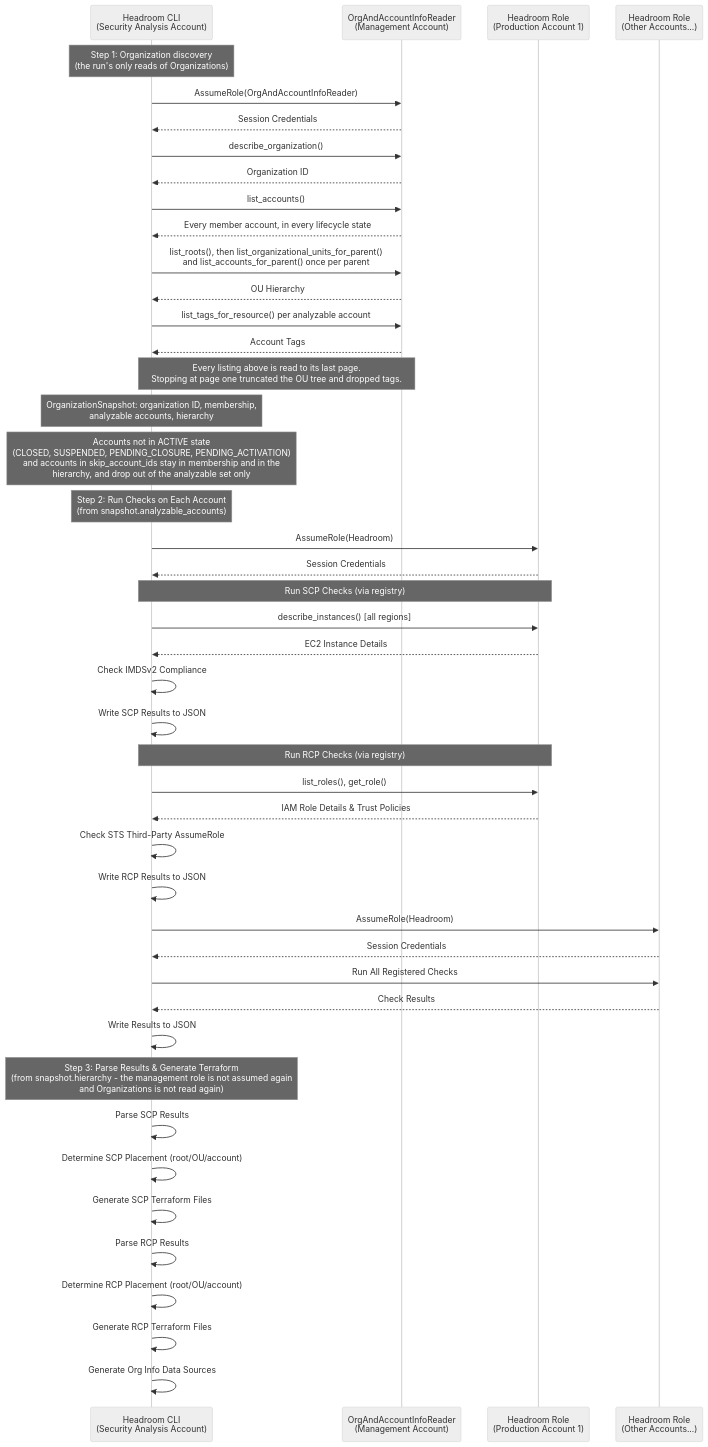
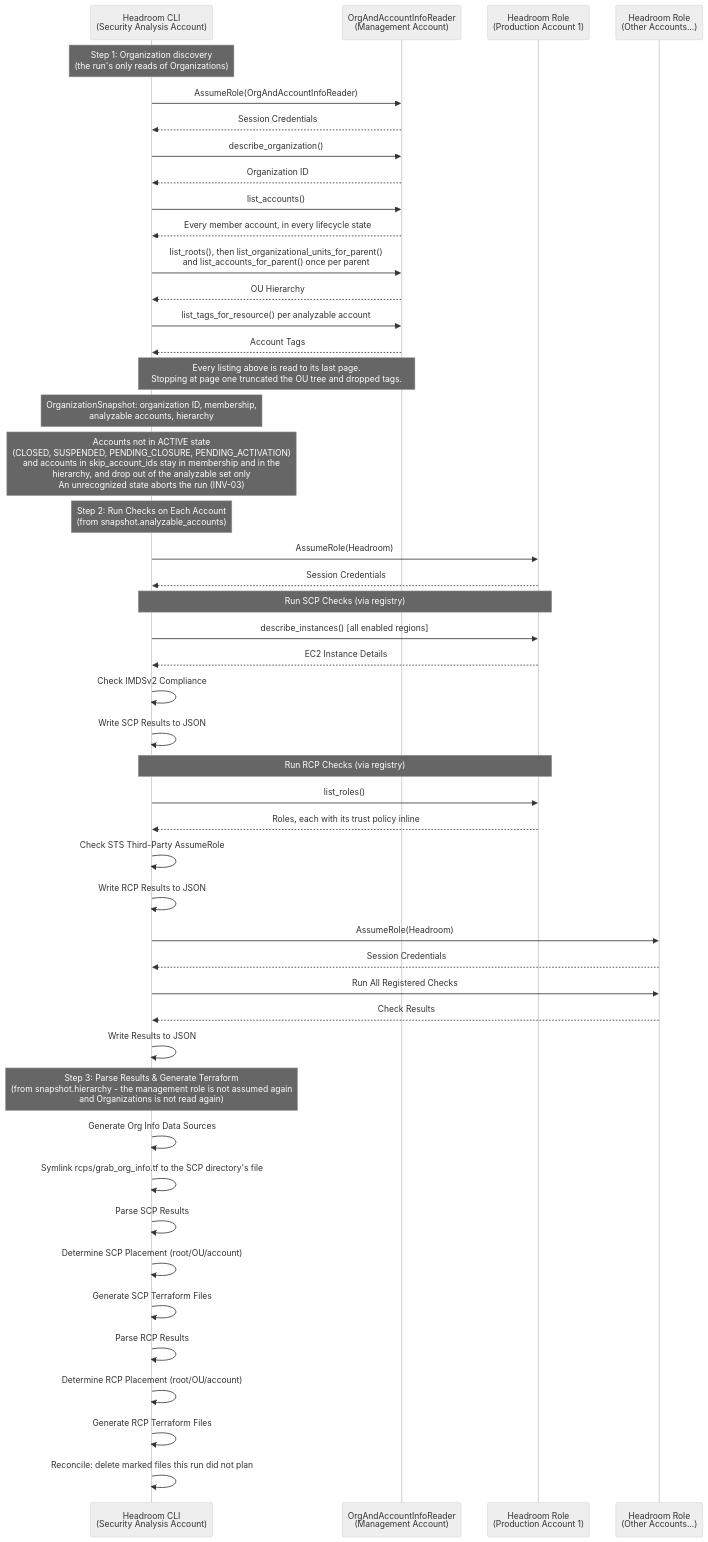
One commit to discocrayon/Headroom changed the diagram in documentation/mermaid_diagrams/execution_flow.md. Above: the diagram before and after it, drawn with Mermaid (neutral theme). The commit also changed other lines of this file and 134 other files, not shown here.

````diff
--- a/documentation/mermaid_diagrams/execution_flow.md
+++ b/documentation/mermaid_diagrams/execution_flow.md
@@ -5,56 +10,59 @@
 ```mermaid
 sequenceDiagram
     participant Tool as Headroom CLI<br/>(Security Analysis Account)
     participant Mgmt as OrgAndAccountInfoReader<br/>(Management Account)
     participant Prod1 as Headroom Role<br/>(Production Account 1)
     participant ProdN as Headroom Role<br/>(Other Accounts...)
 
     Note over Tool: Step 1: Organization discovery<br/>(the run's only reads of Organizations)
     Tool->>Mgmt: AssumeRole(OrgAndAccountInfoReader)
     Mgmt-->>Tool: Session Credentials
     Tool->>Mgmt: describe_organization()
     Mgmt-->>Tool: Organization ID
     Tool->>Mgmt: list_accounts()
     Mgmt-->>Tool: Every member account, in every lifecycle state
     Tool->>Mgmt: list_roots(), then list_organizational_units_for_parent()<br/>and list_accounts_for_parent() once per parent
     Mgmt-->>Tool: OU Hierarchy
     Tool->>Mgmt: list_tags_for_resource() per analyzable account
     Mgmt-->>Tool: Account Tags
     Note over Tool,Mgmt: Every listing above is read to its last page.<br/>Stopping at page one truncated the OU tree and dropped tags.
     Note over Tool: OrganizationSnapshot: organization ID, membership,<br/>analyzable accounts, hierarchy
-    Note over Tool: Accounts not in ACTIVE state<br/>(CLOSED, SUSPENDED, PENDING_CLOSURE, PENDING_ACTIVATION)<br/>and accounts in skip_account_ids stay in membership and in the<br/>hierarchy, and drop out of the analyzable set only
+    Note over Tool: Accounts not in ACTIVE state<br/>(CLOSED, SUSPENDED, PENDING_CLOSURE, PENDING_ACTIVATION)<br/>and accounts in skip_account_ids stay in membership and in the<br/>hierarchy, and drop out of the analyzable set only<br/>An unrecognized state aborts the run (INV-03)
 
     Note over Tool: Step 2: Run Checks on Each Account<br/>(from snapshot.analyzable_accounts)
     Tool->>Prod1: AssumeRole(Headroom)
     Prod1-->>Tool: Session Credentials
 
     Note over Tool,Prod1: Run SCP Checks (via registry)
-    Tool->>Prod1: describe_instances() [all regions]
+    Tool->>Prod1: describe_instances() [all enabled regions]
     Prod1-->>Tool: EC2 Instance Details
     Tool->>Tool: Check IMDSv2 Compliance
     Tool->>Tool: Write SCP Results to JSON
 
     Note over Tool,Prod1: Run RCP Checks (via registry)
-    Tool->>Prod1: list_roles(), get_role()
-    Prod1-->>Tool: IAM Role Details & Trust Policies
+    Tool->>Prod1: list_roles()
+    Prod1-->>Tool: Roles, each with its trust policy inline
     Tool->>Tool: Check STS Third-Party AssumeRole
     Tool->>Tool: Write RCP Results to JSON
 
     Tool->>ProdN: AssumeRole(Headroom)
     ProdN-->>Tool: Session Credentials
     Tool->>ProdN: Run All Registered Checks
     ProdN-->>Tool: Check Results
     Tool->>Tool: Write Results to JSON
 
     Note over Tool: Step 3: Parse Results & Generate Terraform<br/>(from snapshot.hierarchy - the management role is not assumed again<br/>and Organizations is not read again)
 
+    Tool->>Tool: Generate Org Info Data Sources
+    Tool->>Tool: Symlink rcps/grab_org_info.tf to the SCP directory's file
+
     Tool->>Tool: Parse SCP Results
     Tool->>Tool: Determine SCP Placement (root/OU/account)
     Tool->>Tool: Generate SCP Terraform Files
 
     Tool->>Tool: Parse RCP Results
     Tool->>Tool: Determine RCP Placement (root/OU/account)
     Tool->>Tool: Generate RCP Terraform Files
 
-    Tool->>Tool: Generate Org Info Data Sources
+    Tool->>Tool: Reconcile: delete marked files this run did not plan
 ```
````
